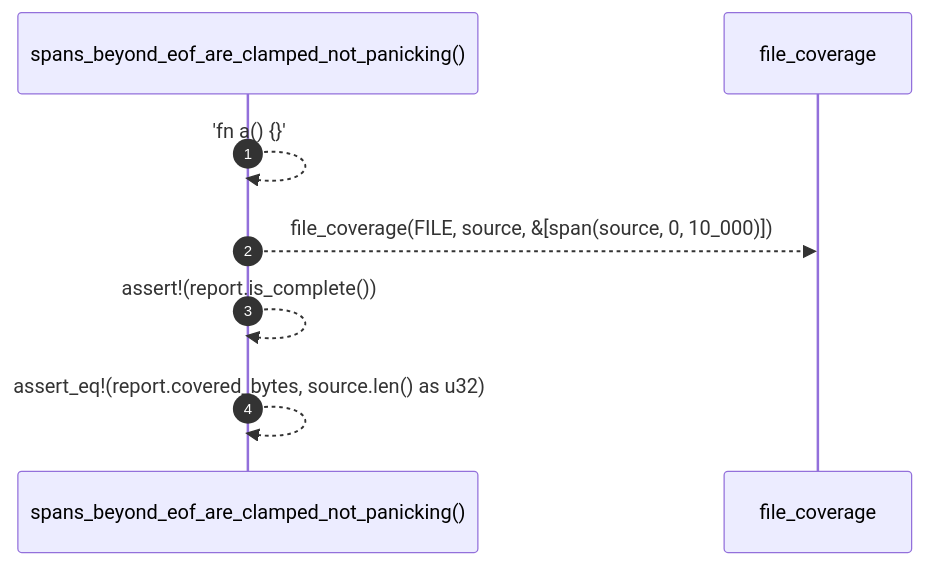
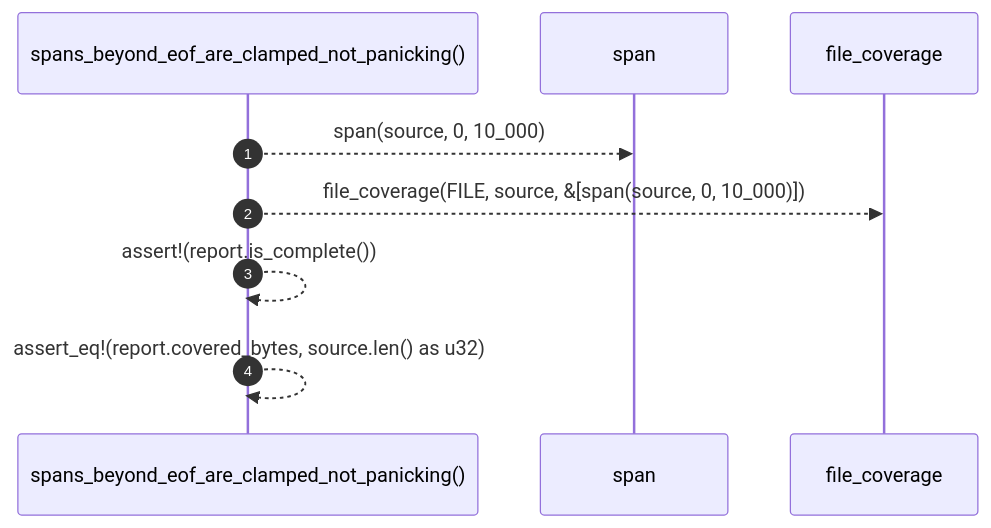
Before and after one commit to RyanGuild/self-describing-code: the diagram in docs/self-model/robby_ir/test_coverage/spans-beyond-eof-are-clamped-not-panicking.md, drawn with Mermaid. The commit also changed other lines of this file and 1404 other files, not shown here.

````diff
--- a/docs/self-model/robby_ir/test_coverage/spans-beyond-eof-are-clamped-not-panicking.md
+++ b/docs/self-model/robby_ir/test_coverage/spans-beyond-eof-are-clamped-not-panicking.md
@@ -22,10 +22,11 @@
 ```mermaid
 sequenceDiagram
     autonumber
     participant spans_beyond_eof_are_clamped_not_panicking as spans_beyond_eof_are_clamped_not_panicking()
+    participant span as span
     participant file_coverage as file_coverage
-    spans_beyond_eof_are_clamped_not_panicking-->>spans_beyond_eof_are_clamped_not_panicking: 'fn a() {}'
+    spans_beyond_eof_are_clamped_not_panicking-->>span: span(source, 0, 10_000)
     spans_beyond_eof_are_clamped_not_panicking-->>file_coverage: file_coverage(FILE, source, &[span(source, 0, 10_000)])
     spans_beyond_eof_are_clamped_not_panicking-->>spans_beyond_eof_are_clamped_not_panicking: assert!(report.is_complete())
     spans_beyond_eof_are_clamped_not_panicking-->>spans_beyond_eof_are_clamped_not_panicking: assert_eq!(report.covered_bytes, source.len() as u32)
 ```
````
